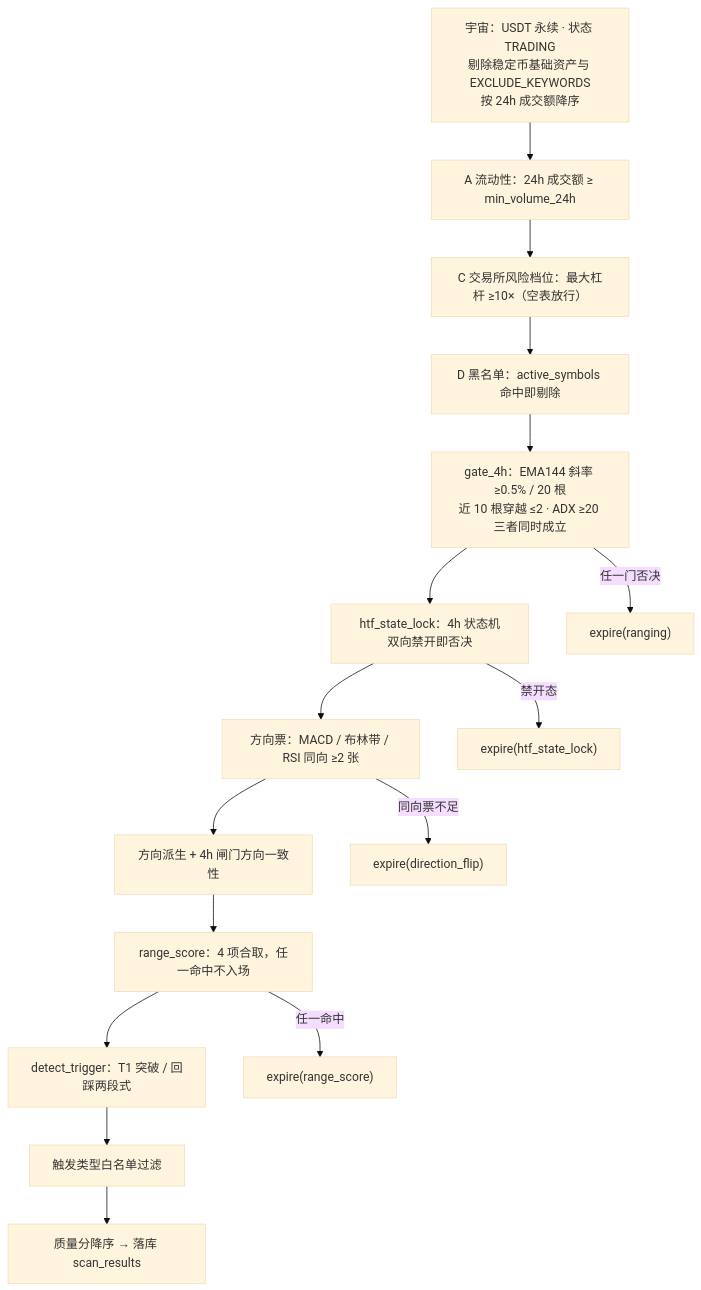
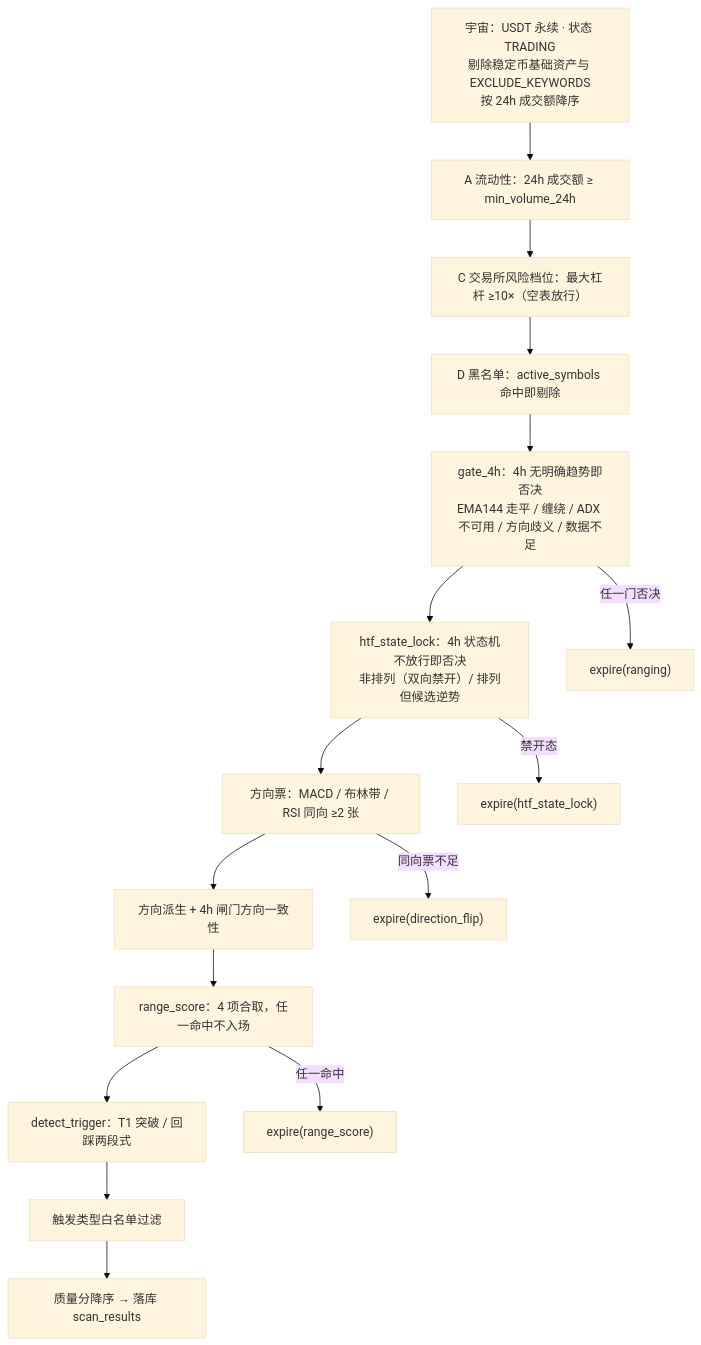
One commit to wwei-github/trading-workbench changed the fourth of 5 diagrams in docs/扫描与筛选/技术实现/01-币种筛选与扫描.md. Above: the diagram before and after it, drawn with Mermaid (base theme). The commit also changed other lines of this file and 13 other files, not shown here.

````diff
--- a/docs/扫描与筛选/技术实现/01-币种筛选与扫描.md
+++ b/docs/扫描与筛选/技术实现/01-币种筛选与扫描.md
@@ -130,18 +130,18 @@
 ```mermaid
 flowchart TD
     S0["宇宙：USDT 永续 · 状态 TRADING<br/>剔除稳定币基础资产与 EXCLUDE_KEYWORDS<br/>按 24h 成交额降序"] --> S1["A 流动性：24h 成交额 ≥ min_volume_24h"]
     S1 --> S2["C 交易所风险档位：最大杠杆 ≥10×（空表放行）"]
     S2 --> S3["D 黑名单：active_symbols 命中即剔除"]
-    S3 --> S4["gate_4h：EMA144 斜率 ≥0.5% / 20 根<br/>近 10 根穿越 ≤2 · ADX ≥20 三者同时成立"]
-    S4 --> S5["htf_state_lock：4h 状态机双向禁开即否决"]
+    S3 --> S4["gate_4h：4h 无明确趋势即否决<br/>EMA144 走平 / 缠绕 / ADX 不可用 / 方向歧义 / 数据不足"]
+    S4 --> S5["htf_state_lock：4h 状态机不放行即否决<br/>非排列（双向禁开）/ 排列但候选逆势"]
     S5 --> S6["方向票：MACD / 布林带 / RSI 同向 ≥2 张"]
     S6 --> S7["方向派生 + 4h 闸门方向一致性"]
     S7 --> S8["range_score：4 项合取，任一命中不入场"]
     S8 --> S9["detect_trigger：T1 突破 / 回踩两段式"]
     S9 --> S10["触发类型白名单过滤"]
     S10 --> S11["质量分降序 → 落库 scan_results"]
     S4 -->|"任一门否决"| X1["expire(ranging)"]
     S5 -->|"禁开态"| X2["expire(htf_state_lock)"]
     S6 -->|"同向票不足"| X3["expire(direction_flip)"]
     S8 -->|"任一命中"| X4["expire(range_score)"]
 ```
````
